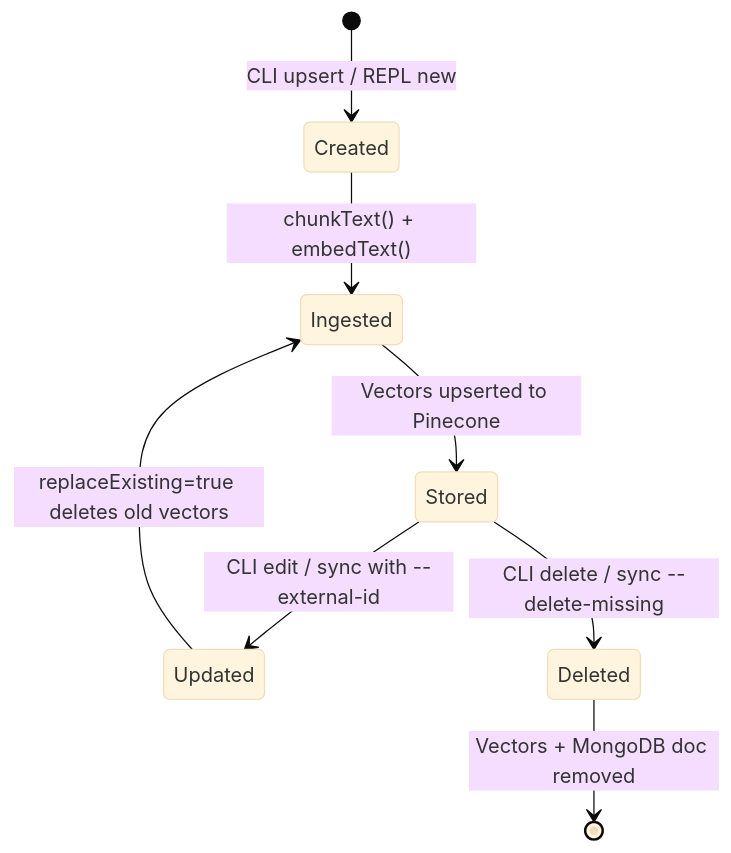
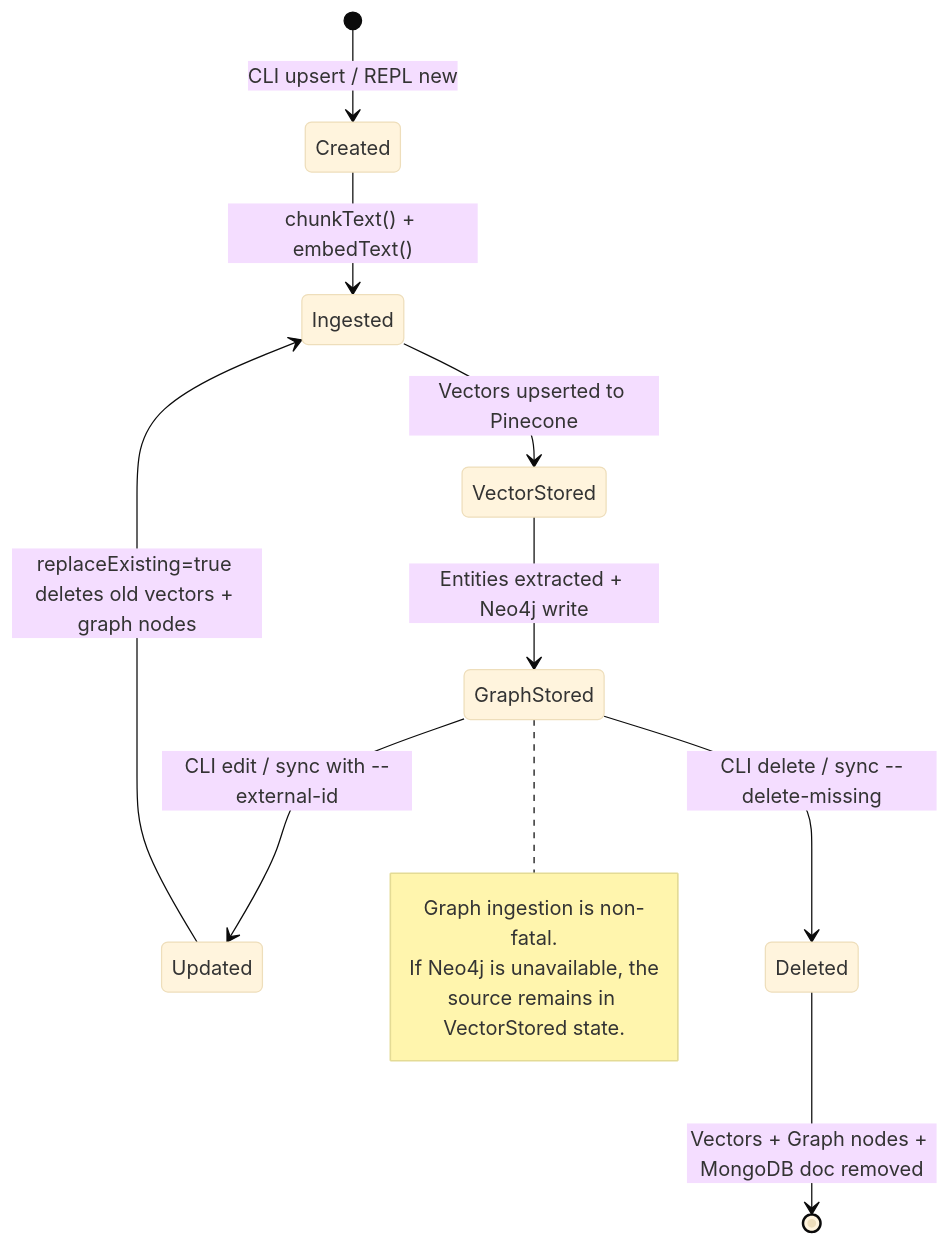
Before and after one commit to hoangsonww/AI-RAG-Assistant-Chatbot: the tenth of 11 diagrams in RAG.md, drawn with Mermaid (base theme). The commit also changed other lines of this file and 32 other files, not shown here.

First line of the commit message:
feat(rag): add hybrid Pinecone+Neo4j retrieval, graph ingestion, and CLI graph management

````diff
--- a/RAG.md
+++ b/RAG.md
@@ -379,10 +719,17 @@
 ```mermaid
 stateDiagram-v2
   [*] --> Created: CLI upsert / REPL new
   Created --> Ingested: chunkText() + embedText()
-  Ingested --> Stored: Vectors upserted to Pinecone
-  Stored --> Updated: CLI edit / sync with --external-id
-  Updated --> Ingested: replaceExisting=true deletes old vectors
-  Stored --> Deleted: CLI delete / sync --delete-missing
-  Deleted --> [*]: Vectors + MongoDB doc removed
+  Ingested --> VectorStored: Vectors upserted to Pinecone
+  VectorStored --> GraphStored: Entities extracted + Neo4j write
+  GraphStored --> Updated: CLI edit / sync with --external-id
+  Updated --> Ingested: replaceExisting=true deletes old vectors + graph nodes
+  GraphStored --> Deleted: CLI delete / sync --delete-missing
+  Deleted --> [*]: Vectors + Graph nodes + MongoDB doc removed
+
+  note right of GraphStored
+    Graph ingestion is non-fatal.
+    If Neo4j is unavailable, the
+    source remains in VectorStored state.
+  end note
 ```
````
